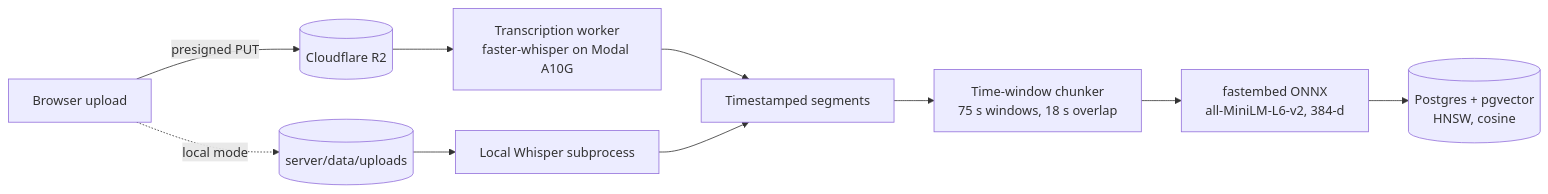
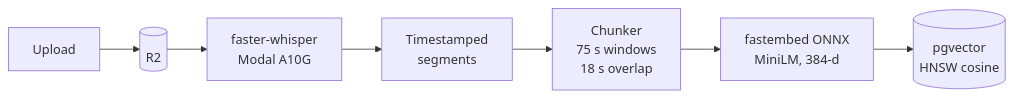
One commit to patilrajvardhan27/Pumped-Up-Kicks changed the second of 4 diagrams in README.md. Above: the diagram before and after it, drawn with Mermaid. The commit also changed other lines of this file, not shown here.

````diff
--- a/README.md
+++ b/README.md
@@ -15,12 +46,9 @@
 ```mermaid
 flowchart LR
-    A[Browser upload] -->|presigned PUT| B[(Cloudflare R2)]
-    A -.->|local mode| B2[(server/data/uploads)]
-    B --> C[Transcription worker<br/>faster-whisper on Modal A10G]
-    B2 --> C2[Local Whisper subprocess]
-    C --> D[Timestamped segments]
-    C2 --> D
-    D --> E[Time-window chunker<br/>75 s windows, 18 s overlap]
-    E --> F[fastembed ONNX<br/>all-MiniLM-L6-v2, 384-d]
-    F --> G[(Postgres + pgvector<br/>HNSW, cosine)]
+    A[Upload] --> B[(R2)]
+    B --> C[faster-whisper<br/>Modal A10G]
+    C --> D[Timestamped<br/>segments]
+    D --> E[Chunker<br/>75 s windows<br/>18 s overlap]
+    E --> F[fastembed ONNX<br/>MiniLM, 384-d]
+    F --> G[(pgvector<br/>HNSW cosine)]
 ```
````
